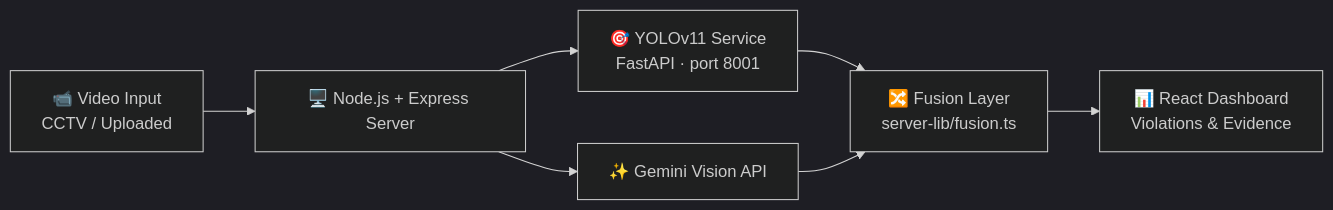
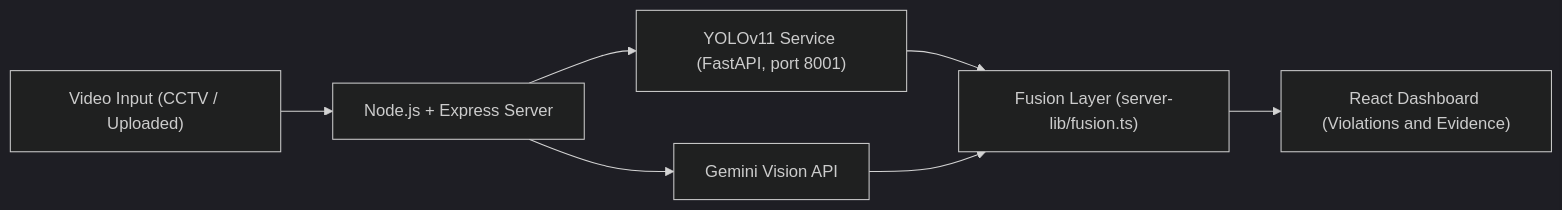
The diagram in README.md (himeshss6105/Vigilant-Traffic-Violation-Detection), drawn with Mermaid (dark theme) before and after one commit.

````diff
--- a/README.md
+++ b/README.md
@@ -85,9 +85,9 @@
 ```mermaid
 flowchart LR
-    A[📹 Video Input<br/>CCTV / Uploaded] --> B[🖥️ Node.js + Express Server]
-    B --> C[🎯 YOLOv11 Service<br/>FastAPI · port 8001]
-    B --> D[✨ Gemini Vision API]
-    C --> E[🔀 Fusion Layer<br/>server-lib/fusion.ts]
+    A["Video Input (CCTV / Uploaded)"] --> B["Node.js + Express Server"]
+    B --> C["YOLOv11 Service (FastAPI, port 8001)"]
+    B --> D["Gemini Vision API"]
+    C --> E["Fusion Layer (server-lib/fusion.ts)"]
     D --> E
-    E --> F[📊 React Dashboard<br/>Violations & Evidence]
+    E --> F["React Dashboard (Violations and Evidence)"]
 ```
````
